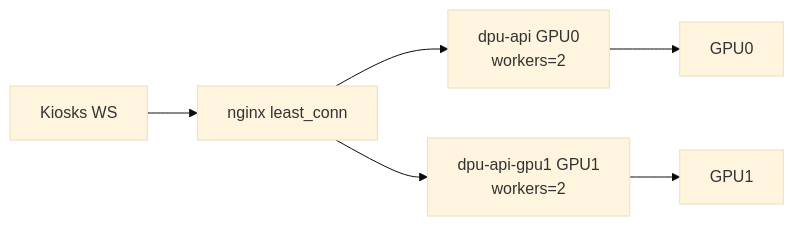
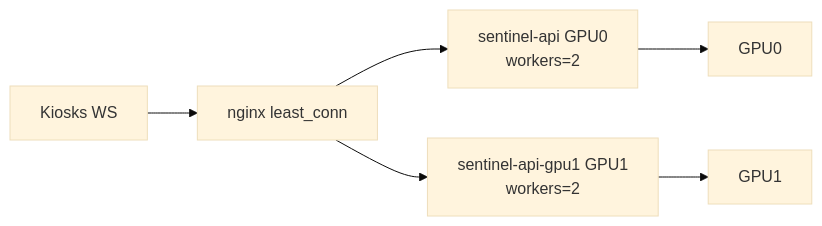
Before and after one commit to chanachaipmgeng/SentinelVision: the diagram in docs/KIOSK-LOADTEST-SATURATION.md, drawn with Mermaid (base theme). The commit also changed other lines of this file and 43 other files, not shown here.

````diff
--- a/docs/KIOSK-LOADTEST-SATURATION.md
+++ b/docs/KIOSK-LOADTEST-SATURATION.md
@@ -46,8 +46,8 @@
 ```mermaid
 flowchart LR
   K[Kiosks WS] --> N["nginx least_conn"]
-  N --> A0["dpu-api GPU0\nworkers=2"]
-  N --> A1["dpu-api-gpu1 GPU1\nworkers=2"]
+  N --> A0["sentinel-api GPU0\nworkers=2"]
+  N --> A1["sentinel-api-gpu1 GPU1\nworkers=2"]
   A0 --> G0[GPU0]
   A1 --> G1[GPU1]
 ```
````
